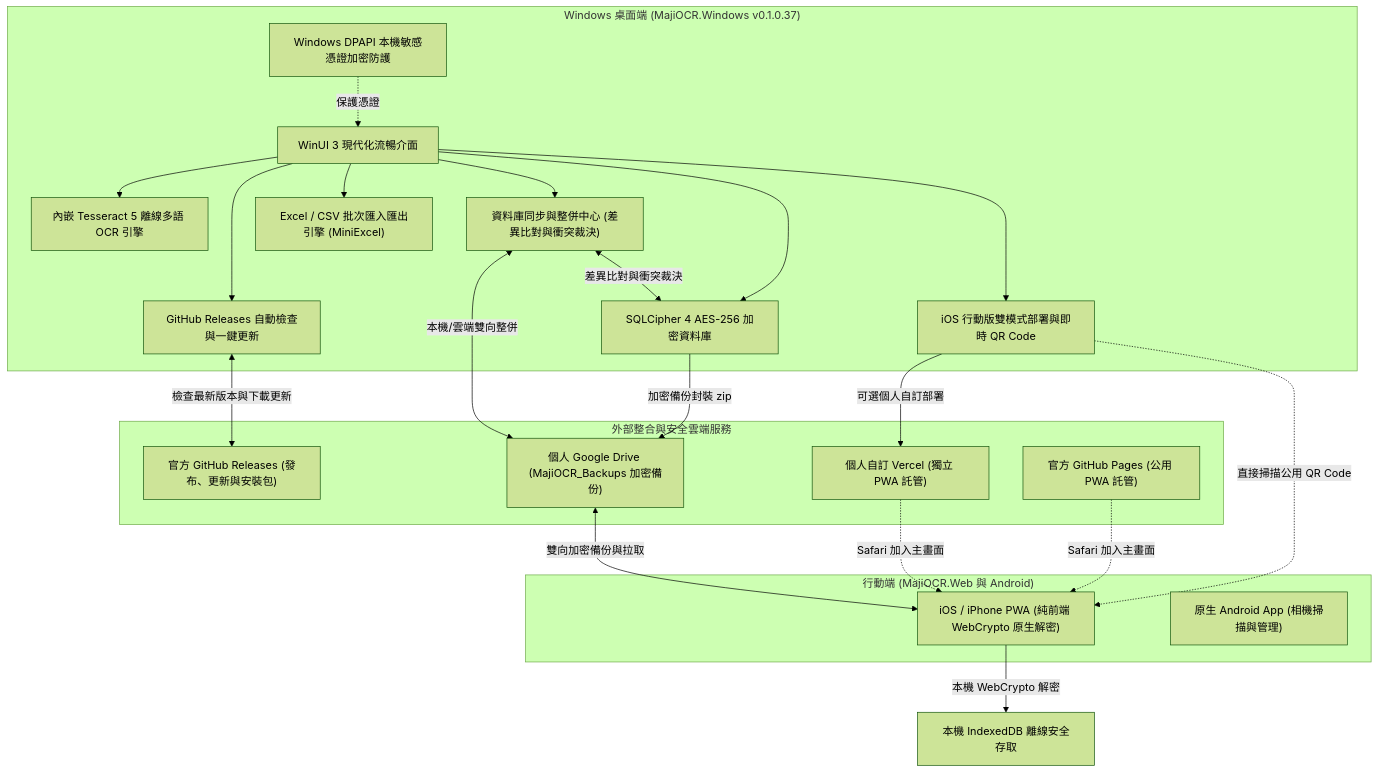
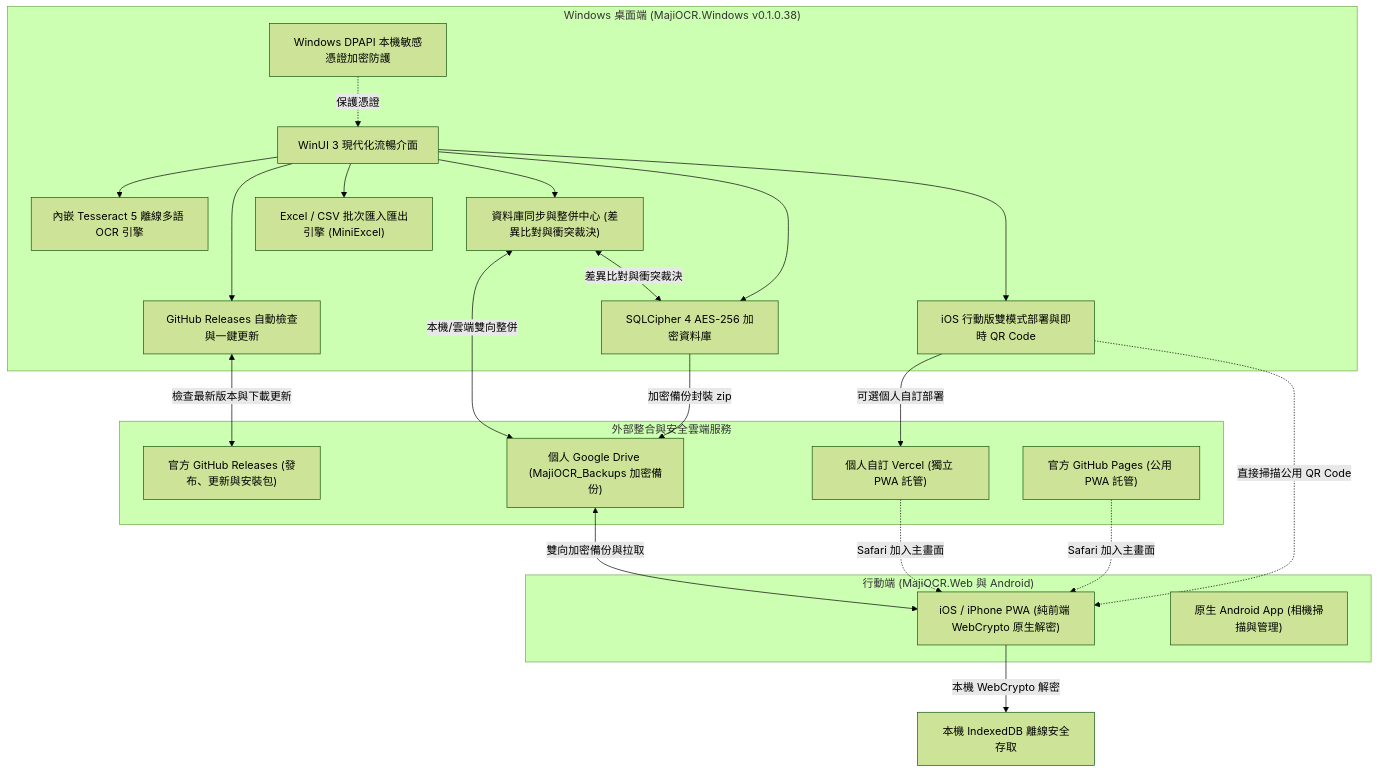
One commit to Ryan-tw-Hans/MajiStudio changed the diagram in README.md. Above: the diagram before and after it, drawn with Mermaid (forest theme). The commit also changed other lines of this file and 10 other files, not shown here.

````diff
--- a/README.md
+++ b/README.md
@@ -18,48 +18,48 @@
 ```mermaid
 graph TD
-    subgraph Desktop ["Windows 桌面端 (MajiOCR.Windows v0.1.0.37)"]
+    subgraph Desktop ["Windows 桌面端 (MajiOCR.Windows v0.1.0.38)"]
         WinUI["WinUI 3 現代化流暢介面"]
         Tess["內嵌 Tesseract 5 離線多語 OCR 引擎"]
         SQLCipher["SQLCipher 4 AES-256 加密資料庫"]
         SyncCenter["資料庫同步與整併中心 (差異比對與衝突裁決)"]
         ExcelEngine["Excel / CSV 批次匯入匯出引擎 (MiniExcel)"]
         AutoUpdate["GitHub Releases 自動檢查與一鍵更新"]
         DPAPI["Windows DPAPI 本機敏感憑證加密防護"]
         DualDeploy["iOS 行動版雙模式部署與即時 QR Code"]
     end
 
     subgraph Cloud ["外部整合與安全雲端服務"]
         GHReleases["官方 GitHub Releases (發布、更新與安裝包)"]
         GHPages["官方 GitHub Pages (公用 PWA 託管)"]
         GDrive["個人 Google Drive (MajiOCR_Backups 加密備份)"]
         Vercel["個人自訂 Vercel (獨立 PWA 託管)"]
     end
 
     subgraph Mobile ["行動端 (MajiOCR.Web 與 Android)"]
         PWA["iOS / iPhone PWA (純前端 WebCrypto 原生解密)"]
         AndroidApp["原生 Android App (相機掃描與管理)"]
     end
 
     %% Windows 內部關聯
     WinUI --> Tess
     WinUI --> SQLCipher
     WinUI --> SyncCenter
     WinUI --> ExcelEngine
     WinUI --> AutoUpdate
     WinUI --> DualDeploy
     DPAPI -.->|保護憑證| WinUI
 
     %% 桌面端與雲端/發布關聯
     AutoUpdate <-->|檢查最新版本與下載更新| GHReleases
     DualDeploy -.->|直接掃描公用 QR Code| PWA
     DualDeploy -->|可選個人自訂部署| Vercel
     GHPages -.->|Safari 加入主畫面| PWA
     Vercel -.->|Safari 加入主畫面| PWA
     SQLCipher -->|加密備份封裝 zip| GDrive
     GDrive <-->|雙向加密備份與拉取| PWA
     SyncCenter <-->|本機/雲端雙向整併| GDrive
     SyncCenter <-->|差異比對與衝突裁決| SQLCipher
 
     %% 行動端內部
     PWA -->|本機 WebCrypto 解密| IndexedDB["本機 IndexedDB 離線安全存取"]
 ```
````
